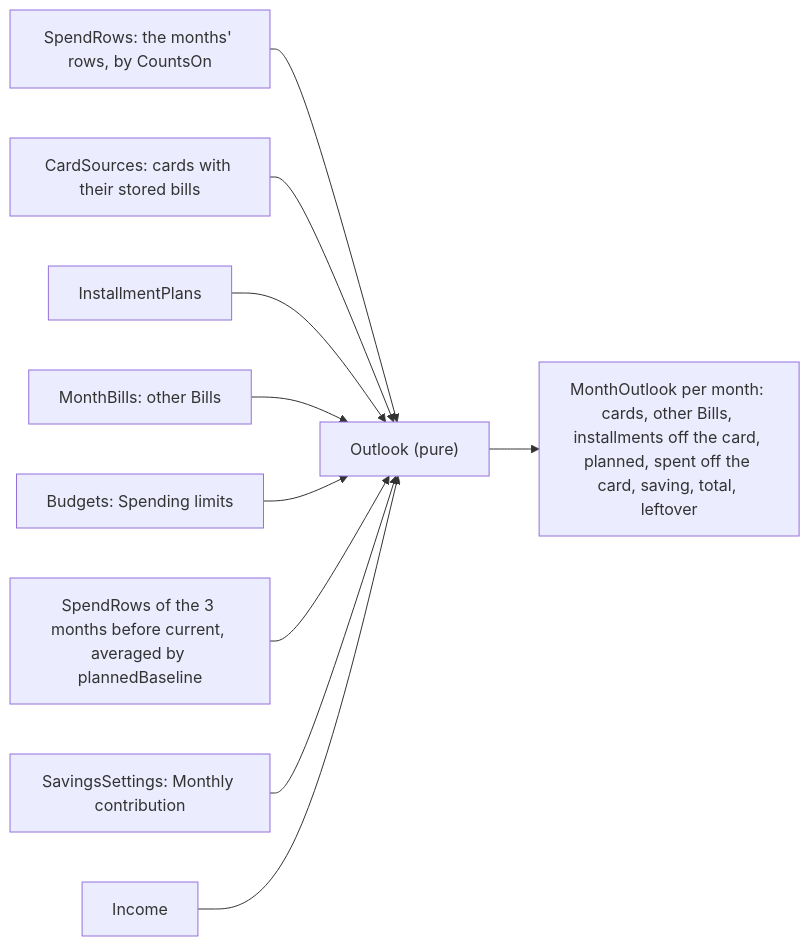
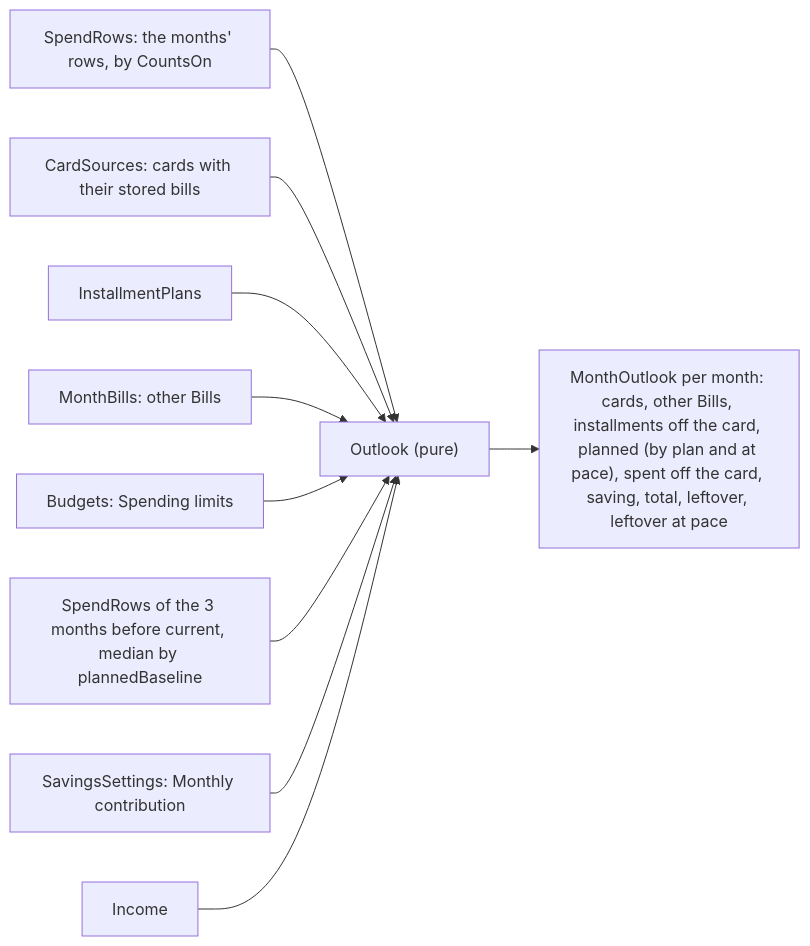
One commit to AbnerWillclefy/Homeowner changed the third of 5 diagrams in docs/architecture/backend.md. Above: the diagram before and after it, drawn with Mermaid. The commit also changed other lines of this file and 2 other files, not shown here.

Commit message:
docs(architecture): describe the median usual spending, the two plans and the Projection

````diff
--- a/docs/architecture/backend.md
+++ b/docs/architecture/backend.md
@@ -230,12 +230,12 @@
 ```mermaid
 flowchart LR
     SR["SpendRows: the months' rows, by CountsOn"] --> O["Outlook (pure)"]
     CS["CardSources: cards with their stored bills"] --> O
     IP["InstallmentPlans"] --> O
     MB["MonthBills: other Bills"] --> O
     BU["Budgets: Spending limits"] --> O
-    LM["SpendRows of the 3 months before current, averaged by plannedBaseline"] --> O
+    LM["SpendRows of the 3 months before current, median by plannedBaseline"] --> O
     SS["SavingsSettings: Monthly contribution"] --> O
     IN["Income"] --> O
-    O --> MO["MonthOutlook per month: cards, other Bills, installments off the card, planned, spent off the card, saving, total, leftover"]
+    O --> MO["MonthOutlook per month: cards, other Bills, installments off the card, planned (by plan and at pace), spent off the card, saving, total, leftover, leftover at pace"]
 ```
````
